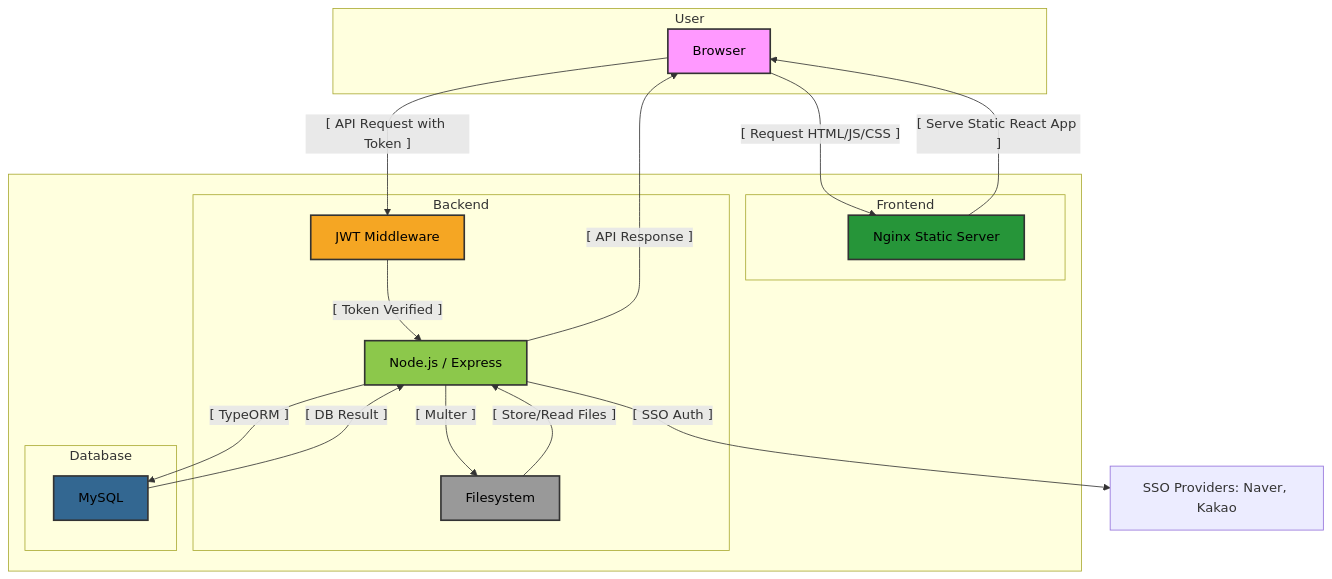
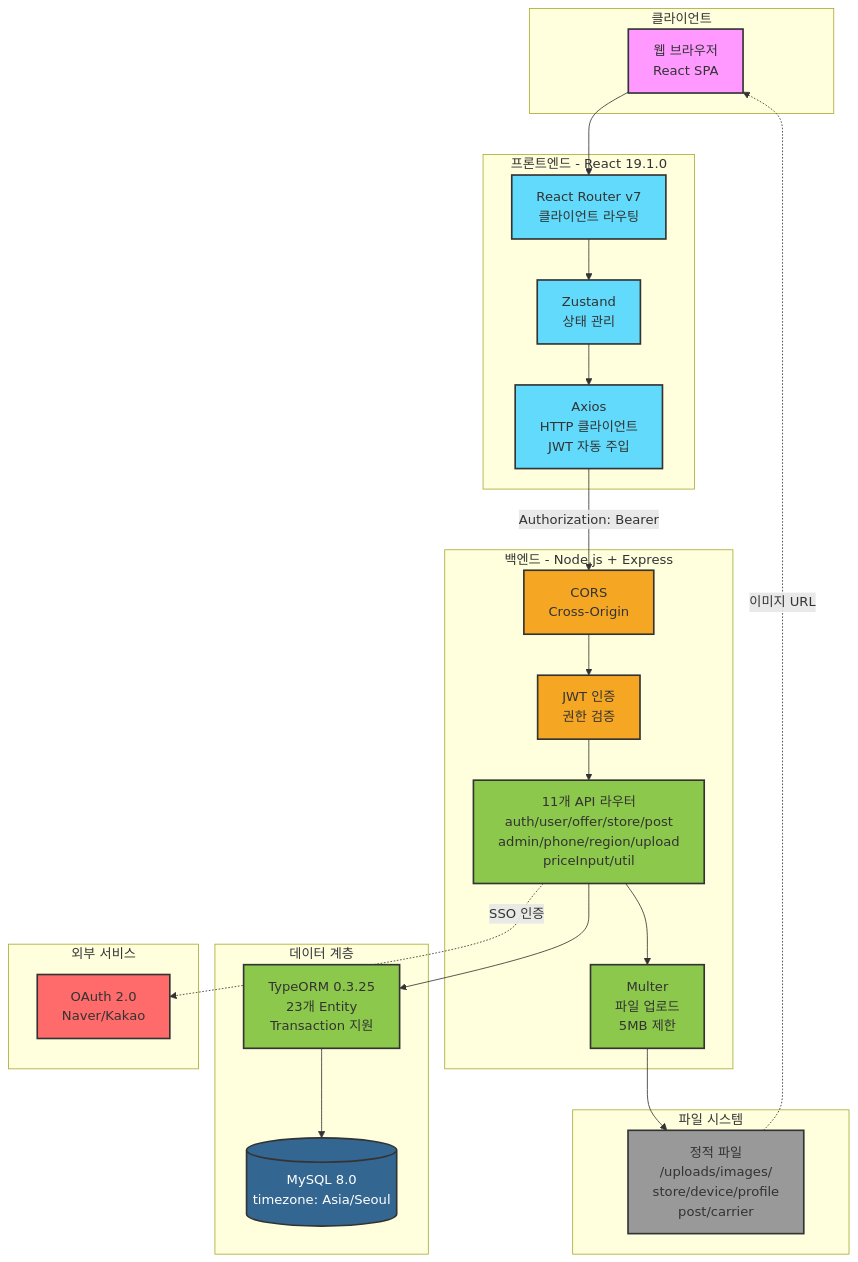
One commit to phone-link-org/phone-link changed the first of 2 diagrams in README.md. Above: the diagram before and after it, drawn with Mermaid. The commit also changed other lines of this file, not shown here.

````diff
--- a/README.md
+++ b/README.md
@@ -24,47 +19,60 @@
 ```mermaid
-graph TD
-    subgraph "User"
-        U[Browser]
+graph TB
+    subgraph "클라이언트"
+        Browser[웹 브라우저<br/>React SPA]
     end
 
-    subgraph " "
-        subgraph "Frontend"
-            Nginx[Nginx Static Server]
-        end
-
-        subgraph "Backend"
-            JWT[JWT Middleware]
-            BE[Node.js / Express]
-            FS[Filesystem]
-        end
-
-        subgraph "Database"
-            DB[MySQL]
-        end
+    subgraph "프론트엔드 - React 19.1.0"
+        Router[React Router v7<br/>클라이언트 라우팅]
+        Zustand[Zustand<br/>상태 관리]
+        Axios[Axios<br/>HTTP 클라이언트<br/>JWT 자동 주입]
     end
 
-    U -- "[ Request HTML/JS/CSS ]" --> Nginx
-    Nginx -- "[ Serve Static React App ]" --> U
+    subgraph "백엔드 - Node.js + Express"
+        CORS[CORS<br/>Cross-Origin]
+        Auth[JWT 인증<br/>권한 검증]
+        Routes[11개 API 라우터<br/>auth/user/offer/store/post<br/>admin/phone/region/upload<br/>priceInput/util]
+        Multer[Multer<br/>파일 업로드<br/>5MB 제한]
+    end
 
-    %% JWT Middleware Step Added
-    U -- "[ API Request with Token ]" --> JWT
-    JWT -- "[ Token Verified ]" --> BE
-    
-    BE -- "[ API Response ]" --> U
-    BE -- "[ TypeORM ]" --> DB
-    DB -- "[ DB Result ]" --> BE
+    subgraph "데이터 계층"
+        ORM[TypeORM 0.3.25<br/>23개 Entity<br/>Transaction 지원]
+        MySQL[(MySQL 8.0<br/>timezone: Asia/Seoul)]
+    end
 
-    BE -- "[ Multer ]" --> FS
-    FS -- "[ Store/Read Files ]" --> BE
-    
-    BE -- "[ SSO Auth ]" --> SSO[SSO Providers: Naver, Kakao]
+    subgraph "파일 시스템"
+        Storage[정적 파일<br/>/uploads/images/<br/>store/device/profile<br/>post/carrier]
+    end
 
-    %% Styles
-    style U fill:#f9f,stroke:#333,stroke-width:2px,color:#000
-    style Nginx fill:#269539,stroke:#333,stroke-width:2px,color:#000
-    style JWT fill:#f5a623,stroke:#333,stroke-width:2px,color:#000
-    style BE fill:#8CC84B,stroke:#333,stroke-width:2px,color:#000
-    style DB fill:#336791,stroke:#333,stroke-width:2px,color:#000
-    style FS fill:#999,stroke:#333,stroke-width:2px,color:#000
+    subgraph "외부 서비스"
+        OAuth[OAuth 2.0<br/>Naver/Kakao]
+    end
 
+    Browser --> Router
+    Router --> Zustand
+    Zustand --> Axios
+
+    Axios -->|Authorization: Bearer| CORS
+    CORS --> Auth
+    Auth --> Routes
+    Routes --> Multer
+    Multer --> Storage
+    Routes --> ORM
+    ORM --> MySQL
+
+    Routes -.->|SSO 인증| OAuth
+    Storage -.->|이미지 URL| Browser
+
+    style Browser fill:#f9f,stroke:#333,stroke-width:2px
+    style Router fill:#61DAFB,stroke:#333,stroke-width:2px
+    style Zustand fill:#61DAFB,stroke:#333,stroke-width:2px
+    style Axios fill:#61DAFB,stroke:#333,stroke-width:2px
+    style CORS fill:#f5a623,stroke:#333,stroke-width:2px
+    style Auth fill:#f5a623,stroke:#333,stroke-width:2px
+    style Routes fill:#8CC84B,stroke:#333,stroke-width:2px
+    style Multer fill:#8CC84B,stroke:#333,stroke-width:2px
+    style ORM fill:#8CC84B,stroke:#333,stroke-width:2px
+    style MySQL fill:#336791,stroke:#333,stroke-width:2px,color:#fff
+    style Storage fill:#999,stroke:#333,stroke-width:2px
+    style OAuth fill:#FF6B6B,stroke:#333,stroke-width:2px
 ```
````
